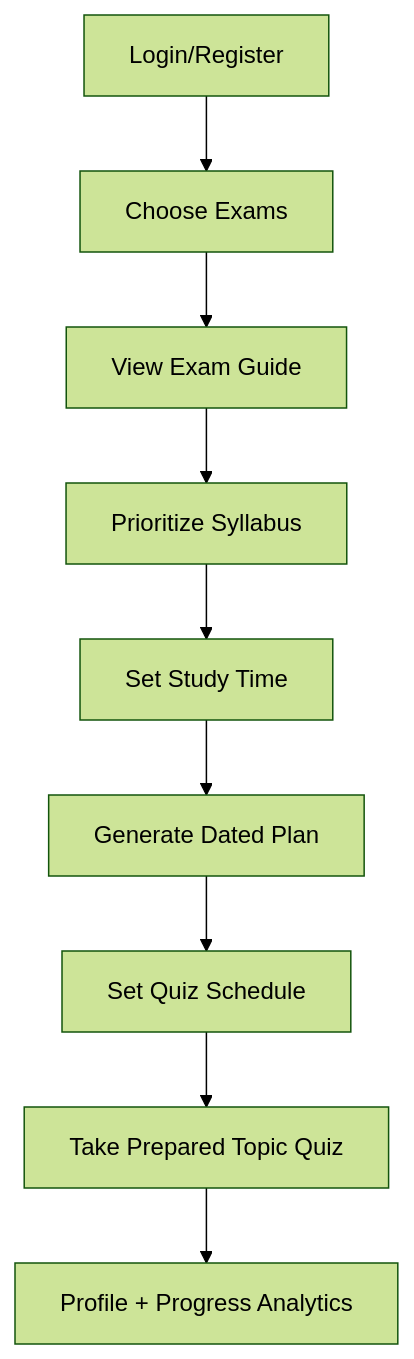
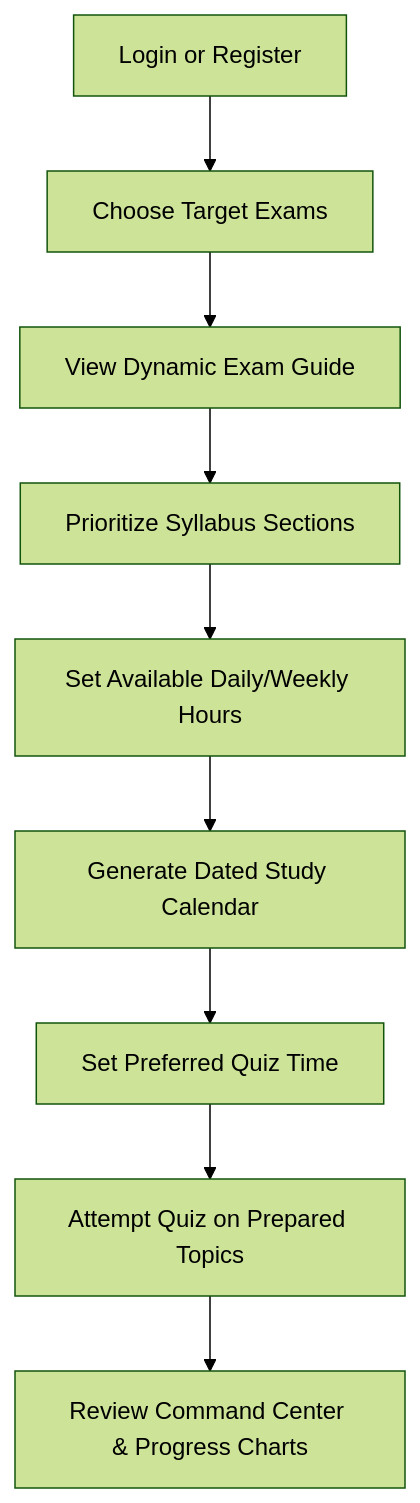
The second of 2 diagrams in README.md (samakshrastogi/SK-Quiz), drawn with Mermaid (forest theme) before and after one commit. The commit also changed other lines of this file and 4 other files, not shown here.

````diff
--- a/README.md
+++ b/README.md
@@ -83,11 +64,11 @@
 ```mermaid
 flowchart TD
-  Login["Login/Register"] --> Exam["Choose Exams"]
-  Exam --> Guide["View Exam Guide"]
-  Guide --> Priority["Prioritize Syllabus"]
-  Priority --> Time["Set Study Time"]
-  Time --> Plan["Generate Dated Plan"]
-  Plan --> Schedule["Set Quiz Schedule"]
-  Schedule --> Quiz["Take Prepared Topic Quiz"]
-  Quiz --> Profile["Profile + Progress Analytics"]
+  Login["Login or Register"] --> Exam["Choose Target Exams"]
+  Exam --> Guide["View Dynamic Exam Guide"]
+  Guide --> Priority["Prioritize Syllabus Sections"]
+  Priority --> Time["Set Available Daily/Weekly Hours"]
+  Time --> Plan["Generate Dated Study Calendar"]
+  Plan --> Schedule["Set Preferred Quiz Time"]
+  Schedule --> Quiz["Attempt Quiz on Prepared Topics"]
+  Quiz --> Profile["Review Command Center & Progress Charts"]
 ```
````
